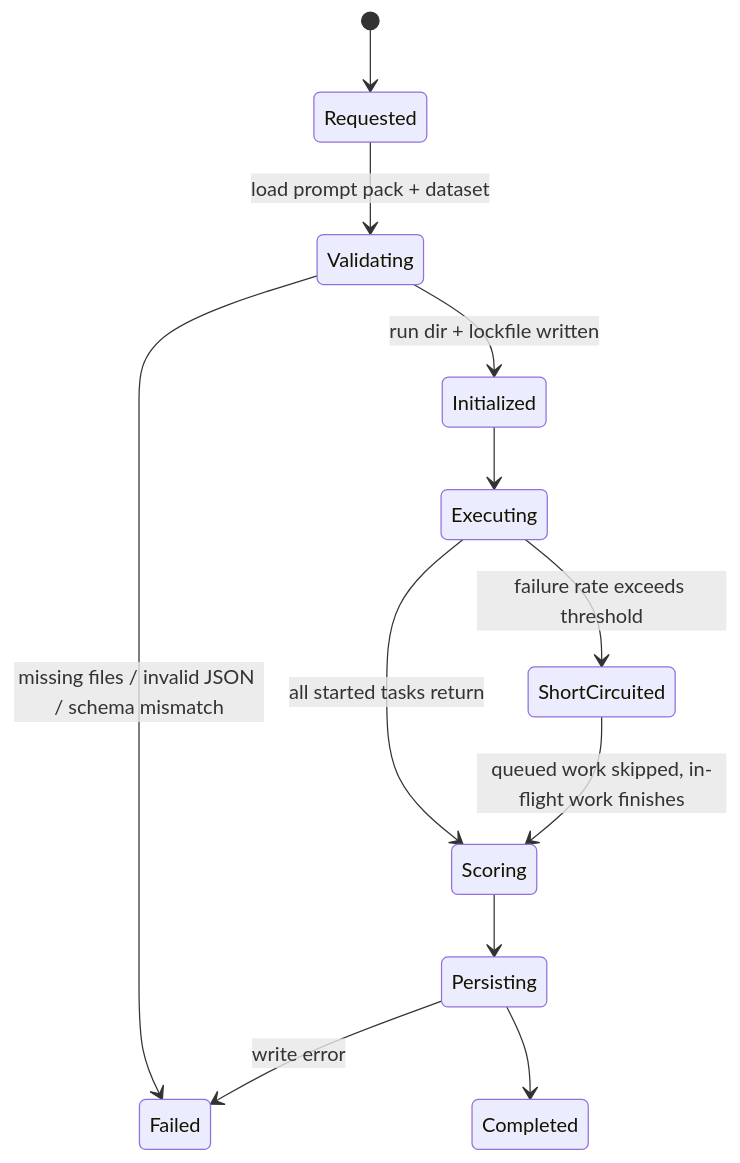
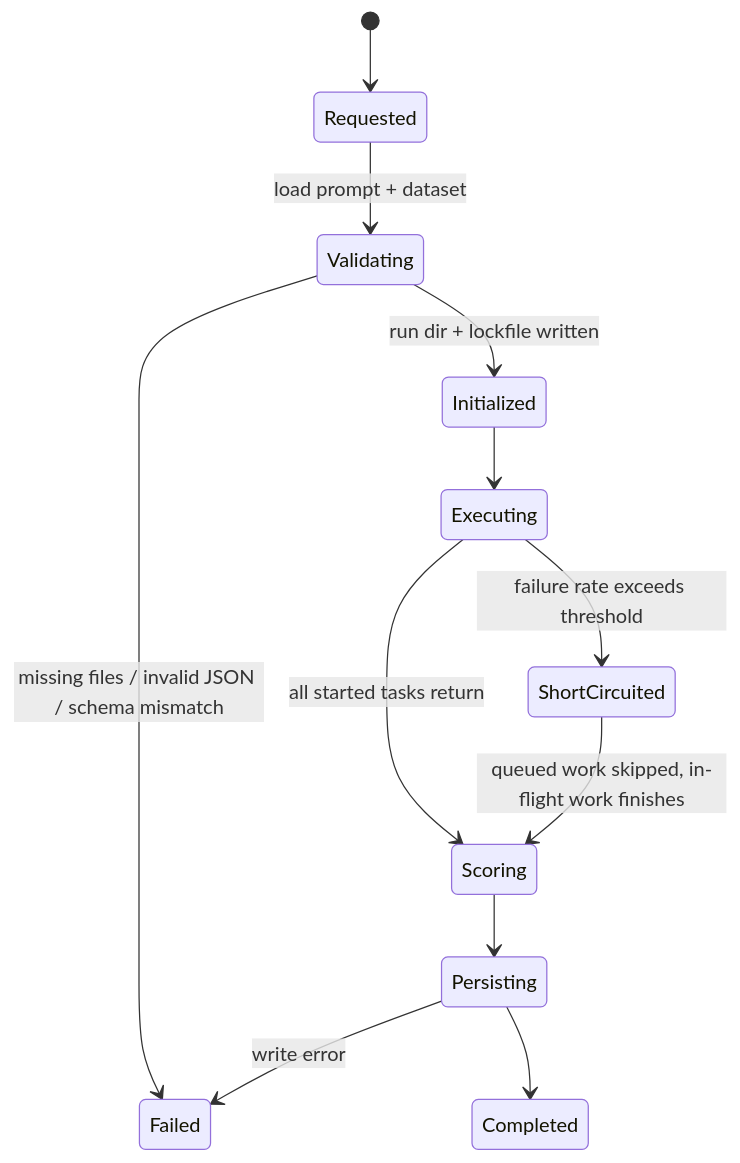
The fourth of 4 diagrams in docs/runtime-and-pipeline.md (MikesHorcrux/PromptForge), drawn with Mermaid before and after one commit. The commit also changed other lines of this file and 46 other files, not shown here.

````diff
--- a/docs/runtime-and-pipeline.md
+++ b/docs/runtime-and-pipeline.md
@@ -120,14 +120,14 @@
 ```mermaid
 stateDiagram-v2
   [*] --> Requested
-  Requested --> Validating : load prompt pack + dataset
+  Requested --> Validating : load prompt + dataset
   Validating --> Failed : missing files / invalid JSON / schema mismatch
   Validating --> Initialized : run dir + lockfile written
   Initialized --> Executing
   Executing --> ShortCircuited : failure rate exceeds threshold
   Executing --> Scoring : all started tasks return
   ShortCircuited --> Scoring : queued work skipped, in-flight work finishes
   Scoring --> Persisting
   Persisting --> Completed
   Persisting --> Failed : write error
 ```
````
